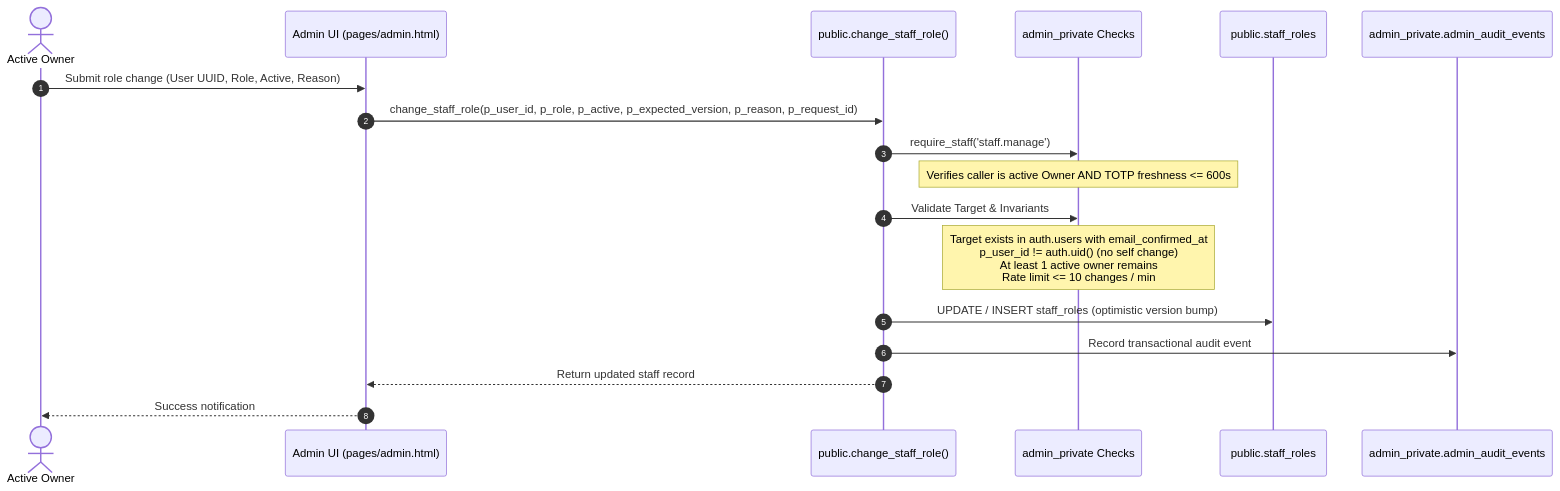
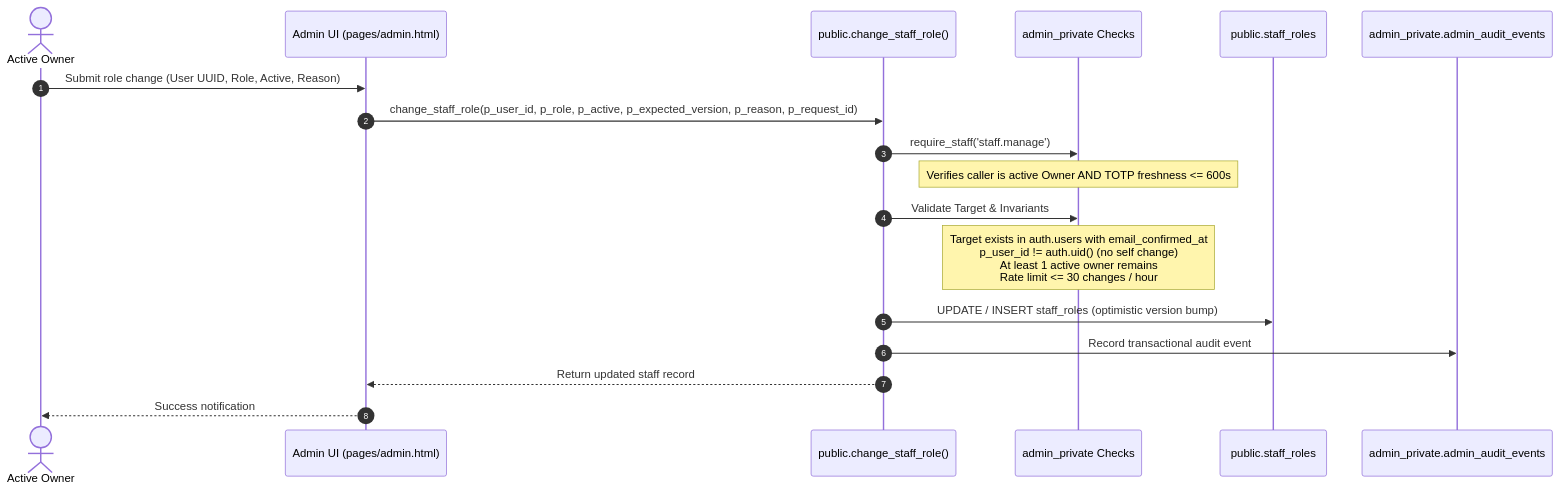
One commit to iankinyumu/vn changed the second of 2 diagrams in docs/PRIVILEGE_ROLES_AND_WORK_ARCHITECTURE.md. Above: the diagram before and after it, drawn with Mermaid. The commit also changed other lines of this file and 4 other files, not shown here.

````diff
--- a/docs/PRIVILEGE_ROLES_AND_WORK_ARCHITECTURE.md
+++ b/docs/PRIVILEGE_ROLES_AND_WORK_ARCHITECTURE.md
@@ -56,21 +56,21 @@
 ```mermaid
 sequenceDiagram
     autonumber
     actor Owner as Active Owner
     participant Browser as Admin UI (pages/admin.html)
     participant RPC as public.change_staff_role()
     participant Security as admin_private Checks
     participant DB as public.staff_roles
     participant Audit as admin_private.admin_audit_events
 
     Owner->>Browser: Submit role change (User UUID, Role, Active, Reason)
     Browser->>RPC: change_staff_role(p_user_id, p_role, p_active, p_expected_version, p_reason, p_request_id)
     RPC->>Security: require_staff('staff.manage')
     Note over Security: Verifies caller is active Owner AND TOTP freshness <= 600s
     RPC->>Security: Validate Target & Invariants
-    Note over Security: Target exists in auth.users with email_confirmed_at<br/>p_user_id != auth.uid() (no self change)<br/>At least 1 active owner remains<br/>Rate limit <= 10 changes / min
+    Note over Security: Target exists in auth.users with email_confirmed_at<br/>p_user_id != auth.uid() (no self change)<br/>At least 1 active owner remains<br/>Rate limit <= 30 changes / hour
     RPC->>DB: UPDATE / INSERT staff_roles (optimistic version bump)
     RPC->>Audit: Record transactional audit event
     RPC-->>Browser: Return updated staff record
     Browser-->>Owner: Success notification
 ```
````
